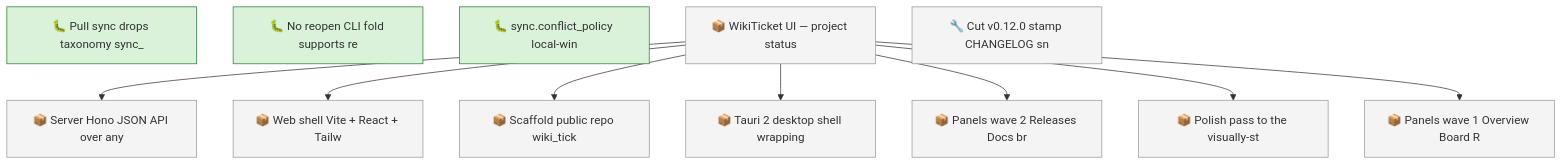
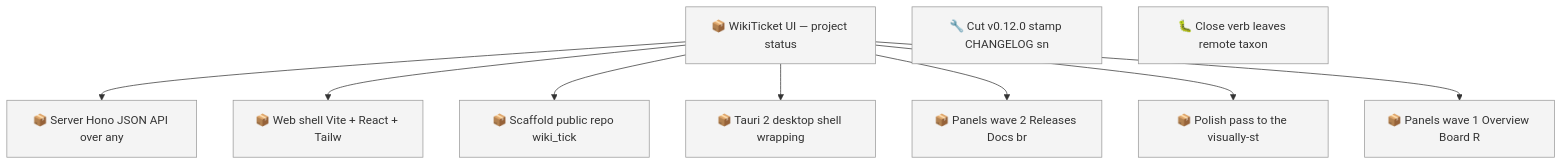
One commit to SpillwaveSolutions/wiki_ticket_sdd changed the first of 2 diagrams in docs/roadmap.md. Above: the diagram before and after it, drawn with Mermaid. The commit also changed other lines of this file and 1 other file, not shown here.

First line of the commit message:
chore: close v0.12.0 sync-fix items (PR #73 merged); sync tickets

````diff
--- a/docs/roadmap.md
+++ b/docs/roadmap.md
@@ -68,26 +65,22 @@
 ```mermaid
 graph TD
-    01KXY8V5WZJ4E76B3D39KW5DCE["🐛 Pull sync drops taxonomy sync_"]
-    01KXY8V62QH1H1V70M0Y08ARXX["🐛 No reopen CLI fold supports re"]
-    01KXY8V686YPK4ET2XFB2KW2RX["🐛 sync.conflict_policy local-win"]
     01KY111BC71KJGNH55CB2DWMKN["📦 Server Hono JSON API over any"]
     01KY111BC7B70C7M2RF1E57G17["📦 Web shell Vite + React + Tailw"]
     01KY111BC7NJ4BE7JBDK2P6Y56["📦 Scaffold public repo wiki_tick"]
     01KY111BC7PABV8W6SDNVQACSN["📦 WikiTicket UI — project status"]
     01KY111BC842N3J7Y7H85NHSEG["📦 Tauri 2 desktop shell wrapping"]
     01KY111BC88FS6QD49JADZ9CJ5["📦 Panels wave 2 Releases Docs br"]
     01KY111BC8F9BH0T3TERYEFC3C["📦 Polish pass to the visually-st"]
     01KY111BC8QJAS9KH7N368N6RF["📦 Panels wave 1 Overview Board R"]
     01KY11HDR3A5SR342DHG1BH5AZ["🔧 Cut v0.12.0 stamp CHANGELOG sn"]
+    01KY129SGV3DEX5NVAP34VV9G2["🐛 Close verb leaves remote taxon"]
     01KY111BC7PABV8W6SDNVQACSN --> 01KY111BC71KJGNH55CB2DWMKN
     01KY111BC7PABV8W6SDNVQACSN --> 01KY111BC7B70C7M2RF1E57G17
     01KY111BC7PABV8W6SDNVQACSN --> 01KY111BC7NJ4BE7JBDK2P6Y56
     01KY111BC7PABV8W6SDNVQACSN --> 01KY111BC842N3J7Y7H85NHSEG
     01KY111BC7PABV8W6SDNVQACSN --> 01KY111BC88FS6QD49JADZ9CJ5
     01KY111BC7PABV8W6SDNVQACSN --> 01KY111BC8F9BH0T3TERYEFC3C
     01KY111BC7PABV8W6SDNVQACSN --> 01KY111BC8QJAS9KH7N368N6RF
     classDef todo fill:#f4f4f4,stroke:#999999
-    class 01KY111BC71KJGNH55CB2DWMKN,01KY111BC7B70C7M2RF1E57G17,01KY111BC7NJ4BE7JBDK2P6Y56,01KY111BC7PABV8W6SDNVQACSN,01KY111BC842N3J7Y7H85NHSEG,01KY111BC88FS6QD49JADZ9CJ5,01KY111BC8F9BH0T3TERYEFC3C,01KY111BC8QJAS9KH7N368N6RF,01KY11HDR3A5SR342DHG1BH5AZ todo
-    classDef in_progress fill:#d9f2d9,stroke:#2e7d32
-    class 01KXY8V5WZJ4E76B3D39KW5DCE,01KXY8V62QH1H1V70M0Y08ARXX,01KXY8V686YPK4ET2XFB2KW2RX in_progress
+    class 01KY111BC71KJGNH55CB2DWMKN,01KY111BC7B70C7M2RF1E57G17,01KY111BC7NJ4BE7JBDK2P6Y56,01KY111BC7PABV8W6SDNVQACSN,01KY111BC842N3J7Y7H85NHSEG,01KY111BC88FS6QD49JADZ9CJ5,01KY111BC8F9BH0T3TERYEFC3C,01KY111BC8QJAS9KH7N368N6RF,01KY11HDR3A5SR342DHG1BH5AZ,01KY129SGV3DEX5NVAP34VV9G2 todo
 ```
````
